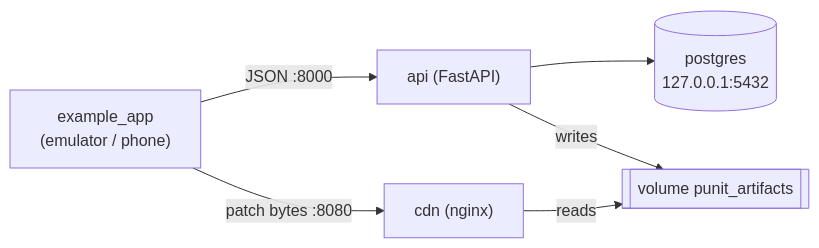
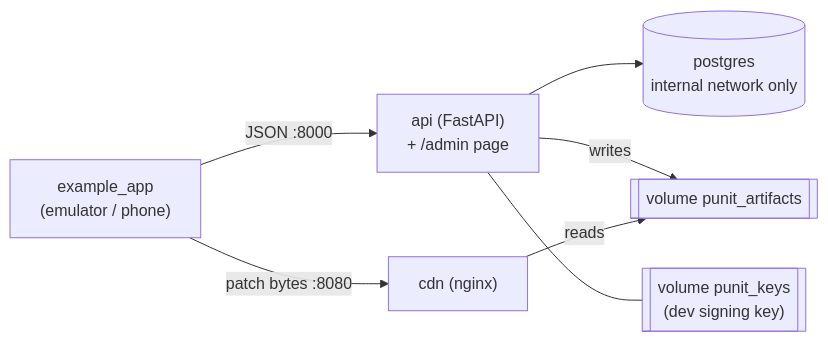
One commit to punitsoni22/flutter_ota_system changed the diagram in docs/installation.md. Above: the diagram before and after it, drawn with Mermaid. The commit also changed other lines of this file and 8 other files, not shown here.

````diff
--- a/docs/installation.md
+++ b/docs/installation.md
@@ -19,8 +26,9 @@
 ```mermaid
 flowchart LR
-  app["example_app<br/>(emulator / phone)"] -- "JSON :8000" --> api["api (FastAPI)"]
-  api --> pg[("postgres<br/>127.0.0.1:5432")]
+  app["example_app<br/>(emulator / phone)"] -- "JSON :8000" --> api["api (FastAPI)<br/>+ /admin page"]
+  api --> pg[("postgres<br/>internal network only")]
   api -- writes --> vol[["volume punit_artifacts"]]
+  api --- keys[["volume punit_keys<br/>(dev signing key)"]]
   app -- "patch bytes :8080" --> cdn["cdn (nginx)"]
   cdn -- reads --> vol
 ```
````
